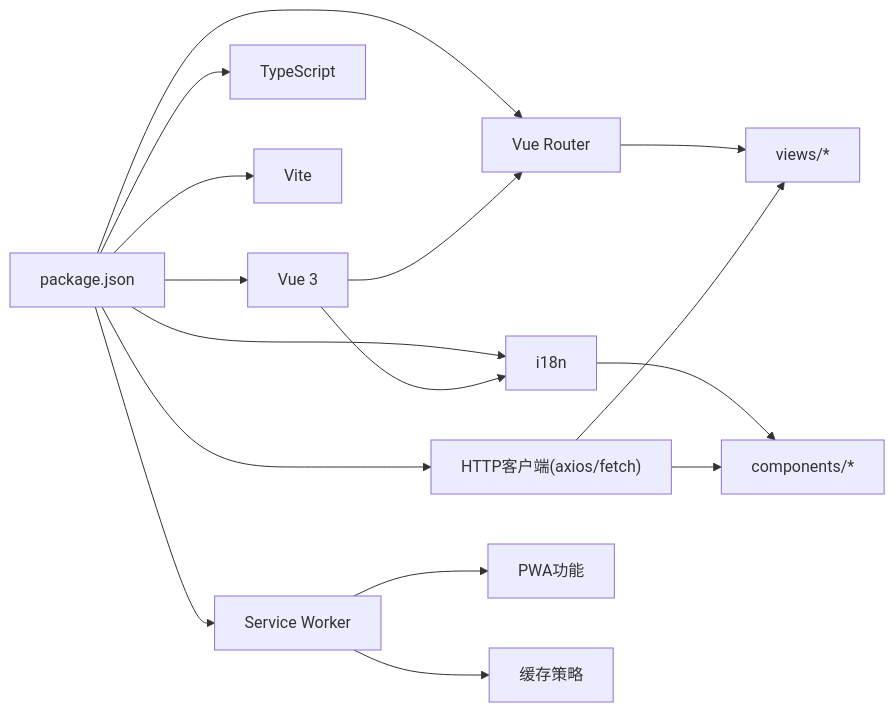
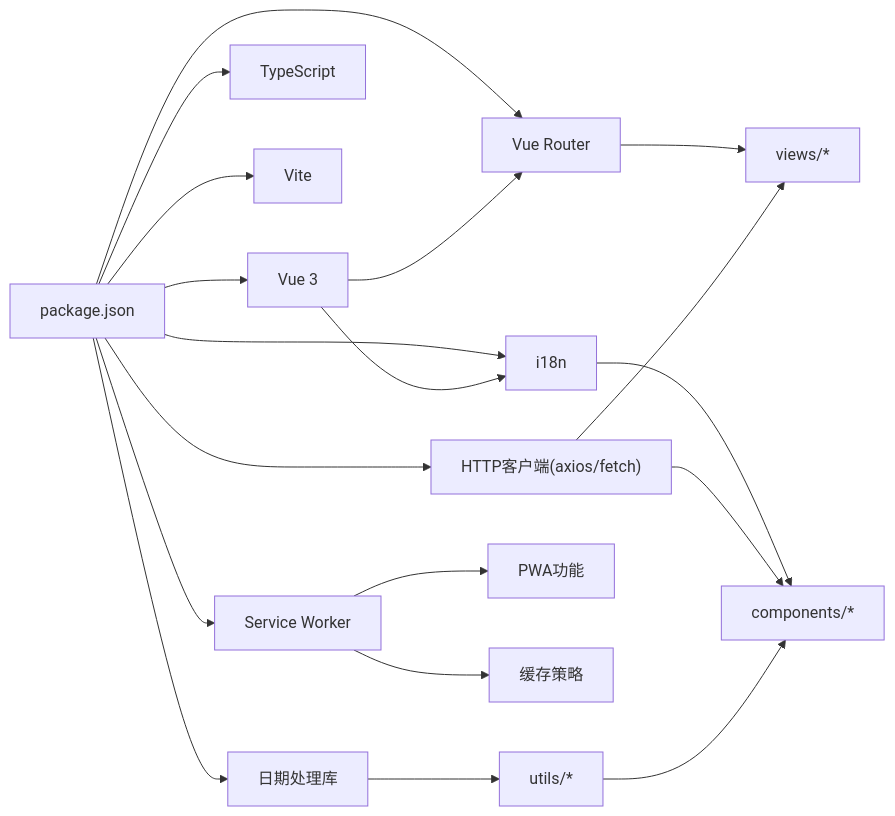
Before and after one commit to xufuyu/Lumen: the tenth of 10 diagrams in .qoder/repowiki/zh/content/前端开发/前端开发.md, drawn with Mermaid. The commit also changed other lines of this file and 43 other files, not shown here.

````diff
--- a/.qoder/repowiki/zh/content/前端开发/前端开发.md
+++ b/.qoder/repowiki/zh/content/前端开发/前端开发.md
@@ -466,18 +550,21 @@
 ```mermaid
 graph LR
 P["package.json"] --> V["Vue 3"]
 P --> TS["TypeScript"]
 P --> VR["Vue Router"]
 P --> VT["Vite"]
 P --> I18N["i18n"]
 P --> AX["HTTP客户端(axios/fetch)"]
 P --> SW["Service Worker"]
+P --> DF["日期处理库"]
 V --> VR
 V --> I18N
 VR --> Views["views/*"]
 I18N --> Components["components/*"]
 AX --> Components
 AX --> Views
 SW --> PWA["PWA功能"]
 SW --> Cache["缓存策略"]
+DF --> Utils["utils/*"]
+Utils --> Components
 ```
````
